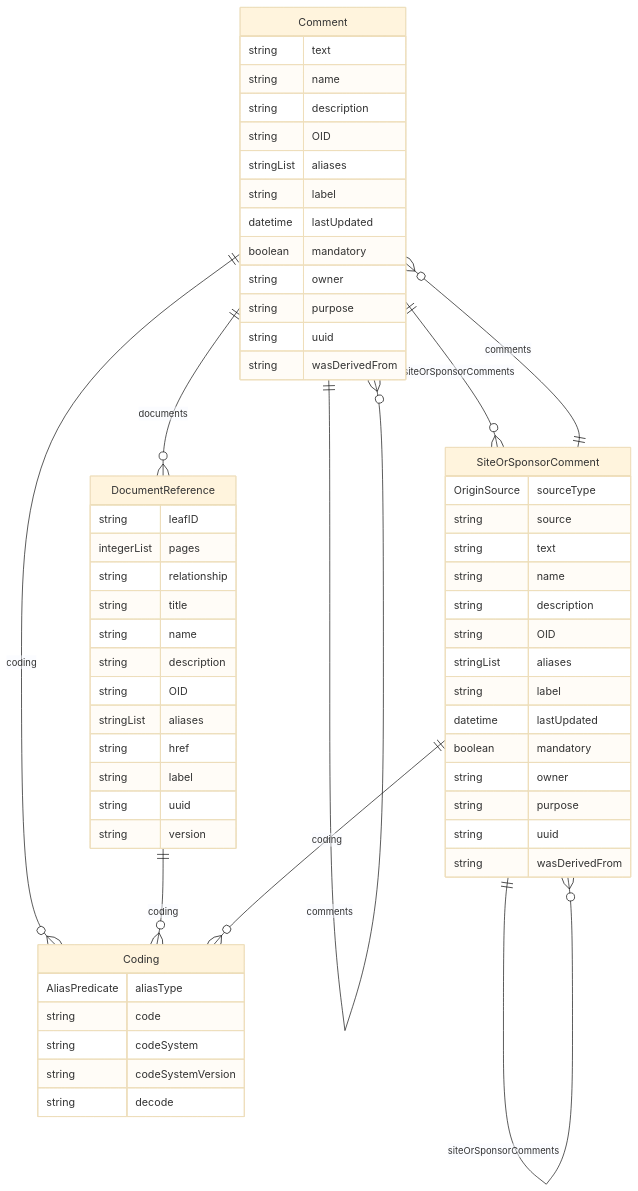
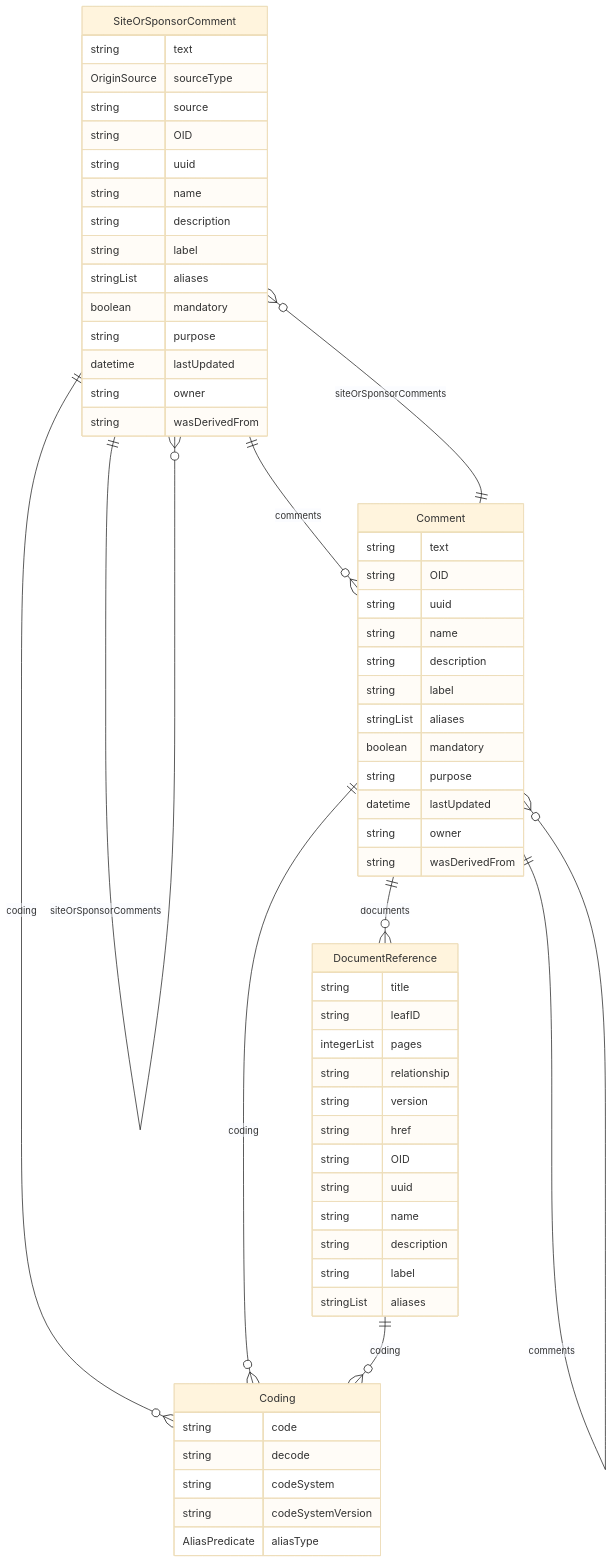
One commit to cdisc-org/DataExchange-DDS changed the diagram in docs/classes/SiteOrSponsorComment.md. Above: the diagram before and after it, drawn with Mermaid (base theme). The commit also changed other lines of this file and 313 other files, not shown here.

````diff
--- a/docs/classes/SiteOrSponsorComment.md
+++ b/docs/classes/SiteOrSponsorComment.md
@@ -20,64 +15,64 @@
 ```mermaid
 erDiagram
-Coding {
-    AliasPredicate aliasType  
-    string code  
-    string codeSystem  
-    string codeSystemVersion  
-    string decode  
+SiteOrSponsorComment {
+    string text  
+    OriginSource sourceType  
+    string source  
+    string OID  
+    string uuid  
+    string name  
+    string description  
+    string label  
+    stringList aliases  
+    boolean mandatory  
+    string purpose  
+    datetime lastUpdated  
+    string owner  
+    string wasDerivedFrom  
 }
 Comment {
     string text  
+    string OID  
+    string uuid  
     string name  
     string description  
-    string OID  
+    string label  
     stringList aliases  
-    string label  
+    boolean mandatory  
+    string purpose  
     datetime lastUpdated  
-    boolean mandatory  
     string owner  
-    string purpose  
-    string uuid  
     string wasDerivedFrom  
 }
+Coding {
+    string code  
+    string decode  
+    string codeSystem  
+    string codeSystemVersion  
+    AliasPredicate aliasType  
+}
 DocumentReference {
+    string title  
     string leafID  
     integerList pages  
     string relationship  
-    string title  
+    string version  
+    string href  
+    string OID  
+    string uuid  
     string name  
     string description  
-    string OID  
+    string label  
     stringList aliases  
-    string href  
-    string label  
-    string uuid  
-    string version  
-}
-SiteOrSponsorComment {
-    OriginSource sourceType  
-    string source  
-    string text  
-    string name  
-    string description  
-    string OID  
-    stringList aliases  
-    string label  
-    datetime lastUpdated  
-    boolean mandatory  
-    string owner  
-    string purpose  
-    string uuid  
-    string wasDerivedFrom  
 }
 
-Comment ||--}o Coding : "coding"
-Comment ||--}o Comment : "comments"
-Comment ||--}o DocumentReference : "documents"
-Comment ||--}o SiteOrSponsorComment : "siteOrSponsorComments"
-DocumentReference ||--}o Coding : "coding"
 SiteOrSponsorComment ||--}o Coding : "coding"
 SiteOrSponsorComment ||--}o Comment : "comments"
 SiteOrSponsorComment ||--}o SiteOrSponsorComment : "siteOrSponsorComments"
+Comment ||--}o DocumentReference : "documents"
+Comment ||--}o Coding : "coding"
+Comment ||--}o Comment : "comments"
+Comment ||--}o SiteOrSponsorComment : "siteOrSponsorComments"
+DocumentReference ||--}o Coding : "coding"
 
 ```
````
